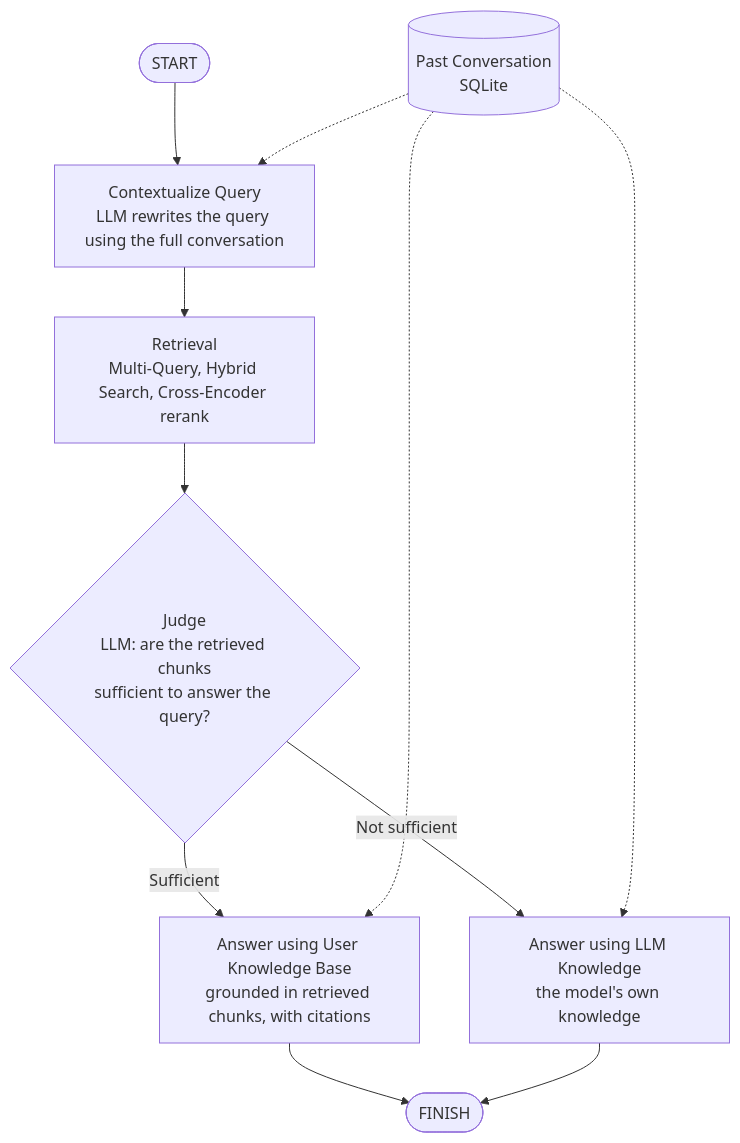
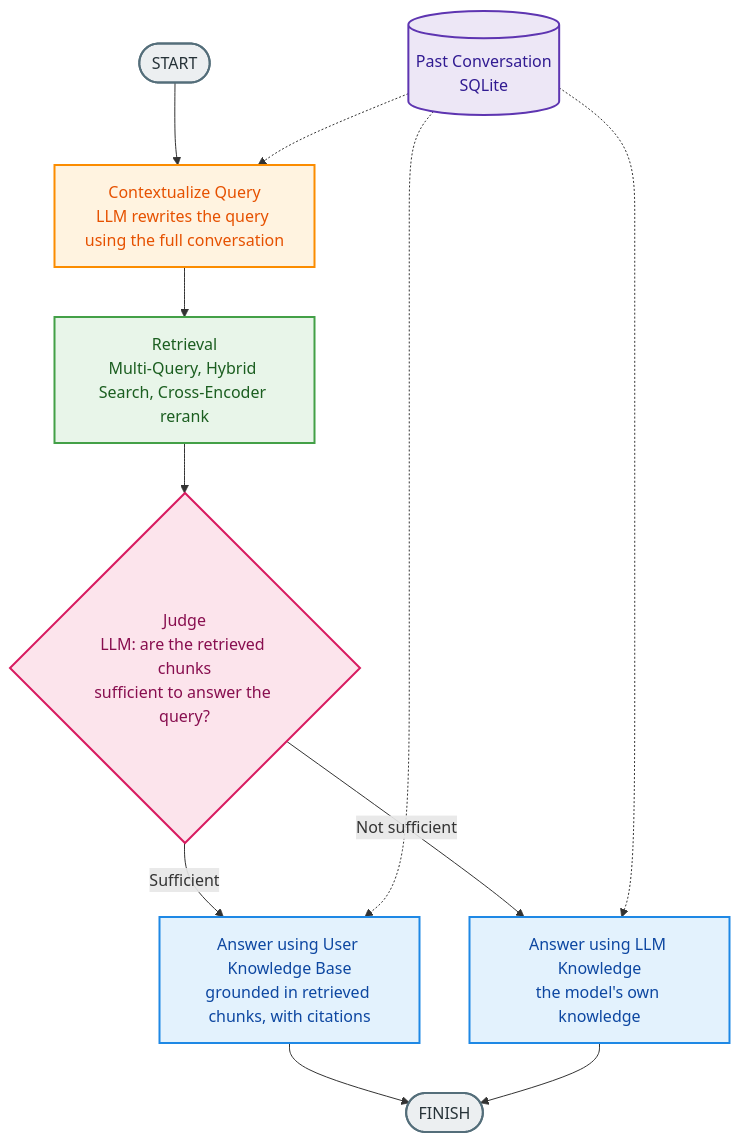
One commit to Abidkazmi7/Multipurpose-RAG changed the fourth of 5 diagrams in README.md. Above: the diagram before and after it, drawn with Mermaid. The commit also changed other lines of this file, not shown here.

````diff
--- a/README.md
+++ b/README.md
@@ -233,16 +260,30 @@
 ```mermaid
 flowchart TD
     START([START]) --> CQ["Contextualize Query<br/>LLM rewrites the query using the full conversation"]
     CQ --> RET["Retrieval<br/>Multi-Query, Hybrid Search, Cross-Encoder rerank"]
     RET --> J{"Judge<br/>LLM: are the retrieved chunks<br/>sufficient to answer the query?"}
 
     J -->|"Sufficient"| AKB["Answer using User Knowledge Base<br/>grounded in retrieved chunks, with citations"]
     J -->|"Not sufficient"| ALLM["Answer using LLM Knowledge<br/>the model's own knowledge"]
 
     AKB --> FIN([FINISH])
     ALLM --> FIN
 
     HIST[("Past Conversation<br/>SQLite")] -.-> CQ
     HIST -.-> AKB
     HIST -.-> ALLM
+
+    classDef terminal fill:#ECEFF1,stroke:#546E7A,color:#263238,stroke-width:2px
+    classDef llm fill:#FFF3E0,stroke:#FB8C00,color:#E65100,stroke-width:2px
+    classDef retrieval fill:#E8F5E9,stroke:#43A047,color:#1B5E20,stroke-width:2px
+    classDef decision fill:#FCE4EC,stroke:#D81B60,color:#880E4F,stroke-width:2px
+    classDef answer fill:#E3F2FD,stroke:#1E88E5,color:#0D47A1,stroke-width:2px
+    classDef storage fill:#EDE7F6,stroke:#5E35B1,color:#311B92,stroke-width:2px
+
+    class START,FIN terminal
+    class CQ llm
+    class RET retrieval
+    class J decision
+    class AKB,ALLM answer
+    class HIST storage
 ```
````
